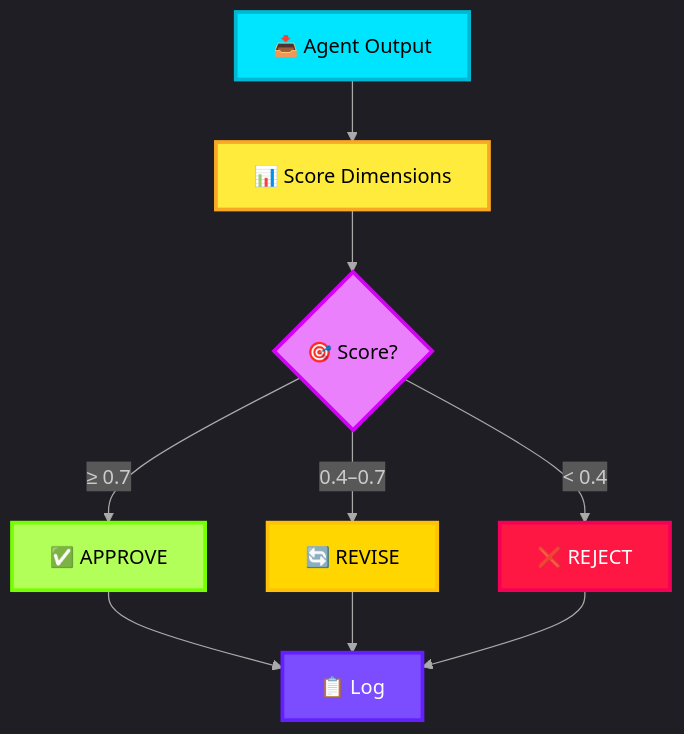
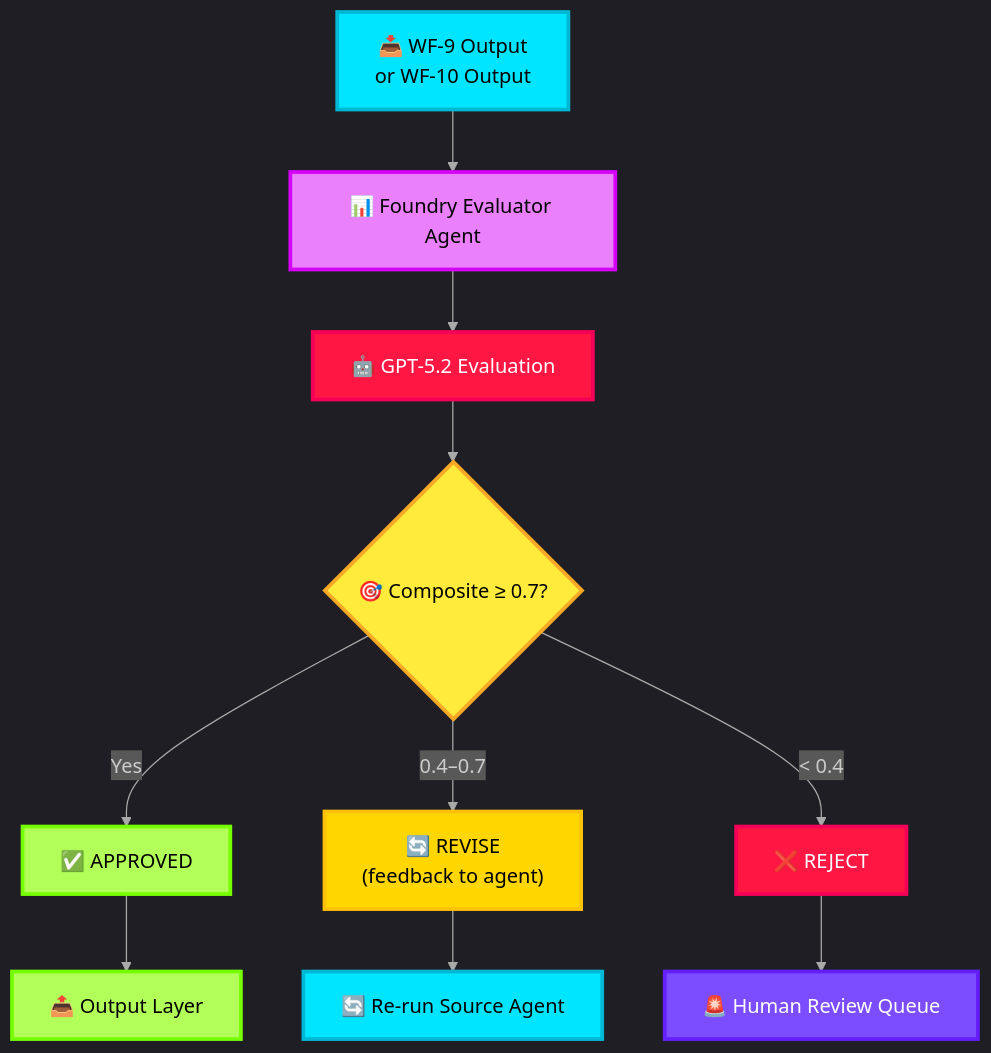
Before and after one commit to thanhauco/agentic-ai-icm-system: the diagram in docs/10-evaluator.md, drawn with Mermaid. The commit also changed other lines of this file and 1 other file, not shown here.

````diff
--- a/docs/10-evaluator.md
+++ b/docs/10-evaluator.md
@@ -23,18 +9,24 @@
 ```mermaid
 %%{init: {'theme': 'dark', 'themeVariables': {'lineColor': '#AAAAAA'}}}%%
 graph TD
-    A["📥 Agent Output"] --> B["📊 Score Dimensions"]
-    B --> C{"🎯 Score?"}
-    C -->|≥ 0.7| D["✅ APPROVE"]
-    C -->|0.4–0.7| E["🔄 REVISE"]
-    C -->|< 0.4| F["❌ REJECT"]
-    D & E & F --> G["📋 Log"]
+    A["📥 WF-9 Output<br>or WF-10 Output"] --> B["📊 Foundry Evaluator Agent"]
+    B --> C["🤖 GPT-5.2 Evaluation"]
+    C --> D{"🎯 Composite ≥ 0.7?"}
+    D -->|Yes| E["✅ APPROVED"]
+    D -->|0.4–0.7| F["🔄 REVISE<br>(feedback to agent)"]
+    D -->|< 0.4| G["❌ REJECT"]
+    E --> H["📤 Output Layer"]
+    F --> I["🔄 Re-run Source Agent"]
+    G --> J["🚨 Human Review Queue"]
 
     style A fill:#00E5FF,stroke:#00B8D4,stroke-width:3px,color:#000
-    style B fill:#FFEB3B,stroke:#F9A825,stroke-width:3px,color:#000
-    style C fill:#EA80FC,stroke:#D500F9,stroke-width:3px,color:#000
-    style D fill:#B2FF59,stroke:#76FF03,stroke-width:3px,color:#000
-    style E fill:#FFD600,stroke:#FFC107,stroke-width:3px,color:#000
-    style F fill:#FF1744,stroke:#F50057,stroke-width:3px,color:#fff
-    style G fill:#7C4DFF,stroke:#651FFF,stroke-width:3px,color:#fff
+    style B fill:#EA80FC,stroke:#D500F9,stroke-width:3px,color:#000
+    style C fill:#FF1744,stroke:#F50057,stroke-width:3px,color:#fff
+    style D fill:#FFEB3B,stroke:#F9A825,stroke-width:3px,color:#000
+    style E fill:#B2FF59,stroke:#76FF03,stroke-width:3px,color:#000
+    style F fill:#FFD600,stroke:#FFC107,stroke-width:3px,color:#000
+    style G fill:#FF1744,stroke:#F50057,stroke-width:3px,color:#fff
+    style H fill:#B2FF59,stroke:#76FF03,stroke-width:3px,color:#000
+    style I fill:#00E5FF,stroke:#00B8D4,stroke-width:3px,color:#000
+    style J fill:#7C4DFF,stroke:#651FFF,stroke-width:3px,color:#fff
 ```
````
